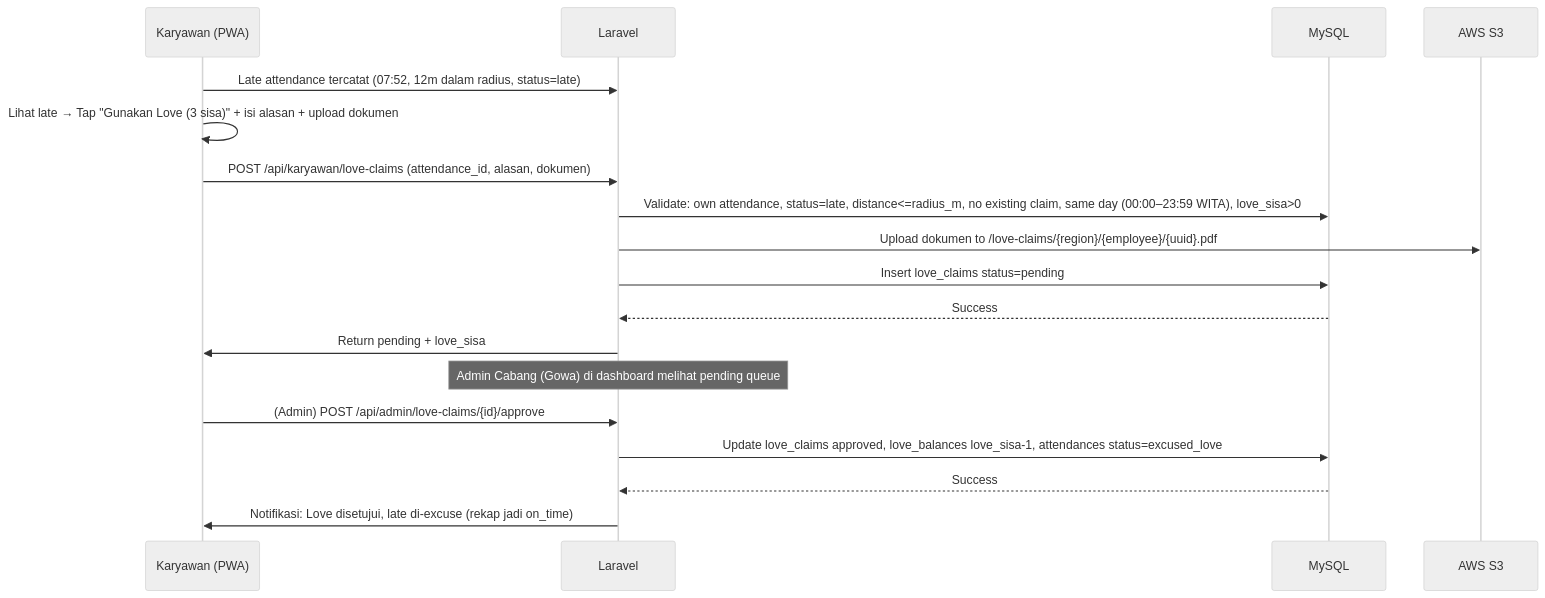
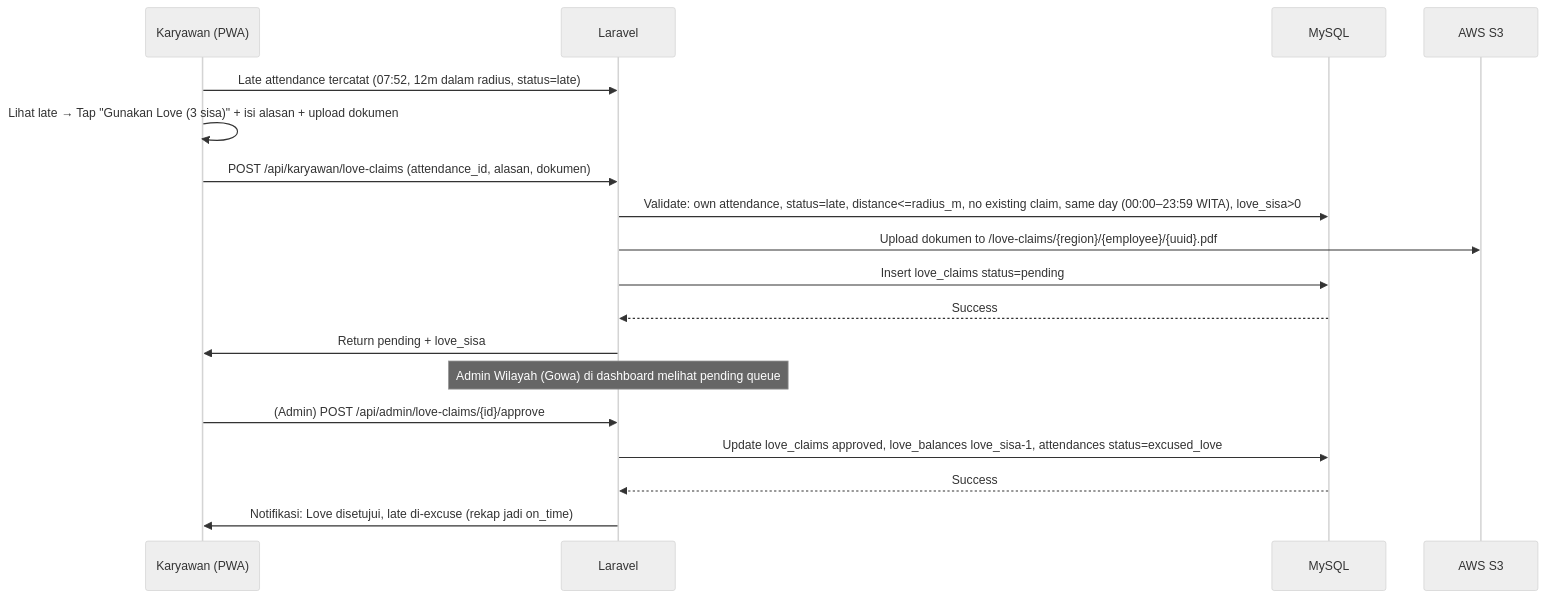
The fourth of 5 diagrams in prd-profilkorp/ARCHITECTURE.md (radacore/absensi-pu), drawn with Mermaid (neutral theme) before and after one commit. The commit also changed other lines of this file and 35 other files, not shown here.

````diff
--- a/prd-profilkorp/ARCHITECTURE.md
+++ b/prd-profilkorp/ARCHITECTURE.md
@@ -225,22 +225,22 @@
 ```mermaid
 sequenceDiagram
     participant K as Karyawan (PWA)
     participant L as Laravel
     participant DB as MySQL
     participant S3 as AWS S3
 
     K->>L: Late attendance tercatat (07:52, 12m dalam radius, status=late)
     K->>K: Lihat late → Tap "Gunakan Love (3 sisa)" + isi alasan + upload dokumen
     K->>L: POST /api/karyawan/love-claims (attendance_id, alasan, dokumen)
     L->>DB: Validate: own attendance, status=late, distance<=radius_m, no existing claim, same day (00:00–23:59 WITA), love_sisa>0
     L->>S3: Upload dokumen to /love-claims/{region}/{employee}/{uuid}.pdf
     L->>DB: Insert love_claims status=pending
     DB-->>L: Success
     L->>K: Return pending + love_sisa
 
-    Note over L: Admin Cabang (Gowa) di dashboard melihat pending queue
+    Note over L: Admin Wilayah (Gowa) di dashboard melihat pending queue
     K->>L: (Admin) POST /api/admin/love-claims/{id}/approve
     L->>DB: Update love_claims approved, love_balances love_sisa-1, attendances status=excused_love
     DB-->>L: Success
     L->>K: Notifikasi: Love disetujui, late di-excuse (rekap jadi on_time)
 ```
````
